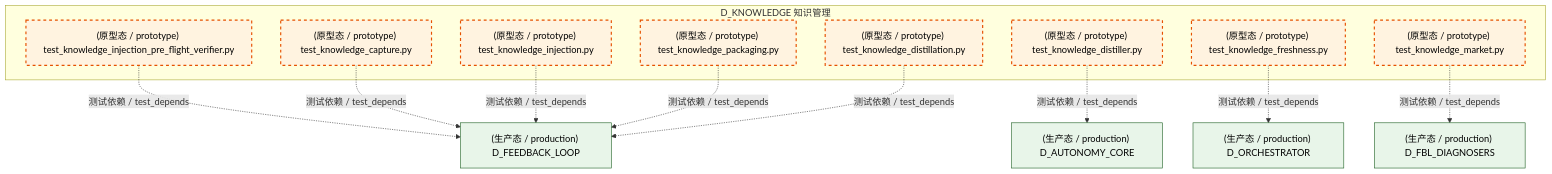
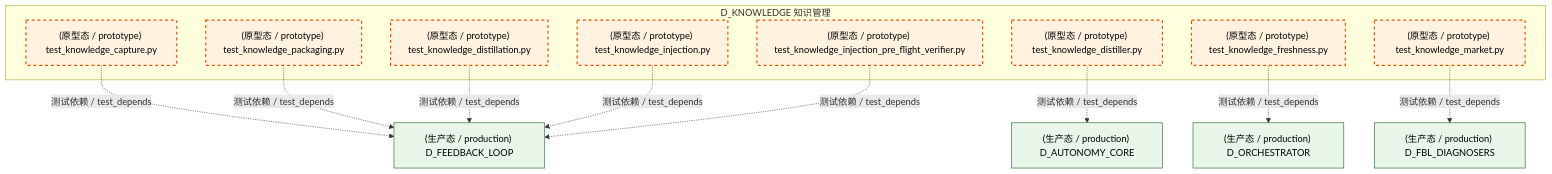
The second of 5 diagrams in docs/02_enterprise_architecture/02_domain_architecture_docs/48_d_knowledge.md (xuanFelixVan/ZephyrAlpha), drawn with Mermaid before and after one commit. The commit also changed other lines of this file and 126 other files, not shown here.

````diff
--- a/docs/02_enterprise_architecture/02_domain_architecture_docs/48_d_knowledge.md
+++ b/docs/02_enterprise_architecture/02_domain_architecture_docs/48_d_knowledge.md
@@ -176,31 +174,31 @@
 ```mermaid
 graph TD
     subgraph D_KNOWLEDGE["D_KNOWLEDGE 知识管理"]
         tests_knowledge_engine_test_knowledge_capture_py["(原型态 / prototype) test_knowledge_capture.py"]
         tests_knowledge_engine_test_knowledge_distillation_py["(原型态 / prototype) test_knowledge_distillation.py"]
         tests_knowledge_engine_test_knowledge_distiller_py["(原型态 / prototype) test_knowledge_distiller.py"]
         tests_knowledge_engine_test_knowledge_freshness_py["(原型态 / prototype) test_knowledge_freshness.py"]
         tests_knowledge_engine_test_knowledge_injection_py["(原型态 / prototype) test_knowledge_injection.py"]
         tests_knowledge_engine_test_knowledge_injection_pre_flight_verifier_py["(原型态 / prototype) test_knowledge_injection_pre_flight_verifier.py"]
         tests_knowledge_engine_test_knowledge_market_py["(原型态 / prototype) test_knowledge_market.py"]
         tests_knowledge_engine_test_knowledge_packaging_py["(原型态 / prototype) test_knowledge_packaging.py"]
     end
     D_FEEDBACK_LOOP["(生产态 / production) D_FEEDBACK_LOOP"]
+    tests_knowledge_engine_test_knowledge_capture_py -.->|测试依赖 / test_depends| D_FEEDBACK_LOOP
+    tests_knowledge_engine_test_knowledge_packaging_py -.->|测试依赖 / test_depends| D_FEEDBACK_LOOP
+    tests_knowledge_engine_test_knowledge_distillation_py -.->|测试依赖 / test_depends| D_FEEDBACK_LOOP
+    D_ORCHESTRATOR["(生产态 / production) D_ORCHESTRATOR"]
+    tests_knowledge_engine_test_knowledge_freshness_py -.->|测试依赖 / test_depends| D_ORCHESTRATOR
+    tests_knowledge_engine_test_knowledge_injection_py -.->|测试依赖 / test_depends| D_FEEDBACK_LOOP
     tests_knowledge_engine_test_knowledge_injection_pre_flight_verifier_py -.->|测试依赖 / test_depends| D_FEEDBACK_LOOP
     D_FBL_DIAGNOSERS["(生产态 / production) D_FBL_DIAGNOSERS"]
     tests_knowledge_engine_test_knowledge_market_py -.->|测试依赖 / test_depends| D_FBL_DIAGNOSERS
-    tests_knowledge_engine_test_knowledge_capture_py -.->|测试依赖 / test_depends| D_FEEDBACK_LOOP
-    D_ORCHESTRATOR["(生产态 / production) D_ORCHESTRATOR"]
-    tests_knowledge_engine_test_knowledge_freshness_py -.->|测试依赖 / test_depends| D_ORCHESTRATOR
-    tests_knowledge_engine_test_knowledge_injection_py -.->|测试依赖 / test_depends| D_FEEDBACK_LOOP
-    tests_knowledge_engine_test_knowledge_packaging_py -.->|测试依赖 / test_depends| D_FEEDBACK_LOOP
-    tests_knowledge_engine_test_knowledge_distillation_py -.->|测试依赖 / test_depends| D_FEEDBACK_LOOP
     D_AUTONOMY_CORE["(生产态 / production) D_AUTONOMY_CORE"]
     tests_knowledge_engine_test_knowledge_distiller_py -.->|测试依赖 / test_depends| D_AUTONOMY_CORE
     classDef production fill:#e1f5fe,stroke:#01579b,stroke-width:2px,color:#000
     classDef design fill:#fff3e0,stroke:#e65100,stroke-width:2px,color:#000,stroke-dasharray: 5 5
     classDef external_prod fill:#e8f5e9,stroke:#1b5e20,stroke-width:1px,color:#000
     classDef external_design fill:#fce4ec,stroke:#880e4f,stroke-width:1px,color:#000,stroke-dasharray: 5 5
     class tests_knowledge_engine_test_knowledge_capture_py,tests_knowledge_engine_test_knowledge_distillation_py,tests_knowledge_engine_test_knowledge_distiller_py,tests_knowledge_engine_test_knowledge_freshness_py,tests_knowledge_engine_test_knowledge_injection_py,tests_knowledge_engine_test_knowledge_injection_pre_flight_verifier_py,tests_knowledge_engine_test_knowledge_market_py,tests_knowledge_engine_test_knowledge_packaging_py design
-    class D_FEEDBACK_LOOP,D_FBL_DIAGNOSERS,D_ORCHESTRATOR,D_AUTONOMY_CORE external_prod
+    class D_FEEDBACK_LOOP,D_ORCHESTRATOR,D_FBL_DIAGNOSERS,D_AUTONOMY_CORE external_prod
 ```
````
